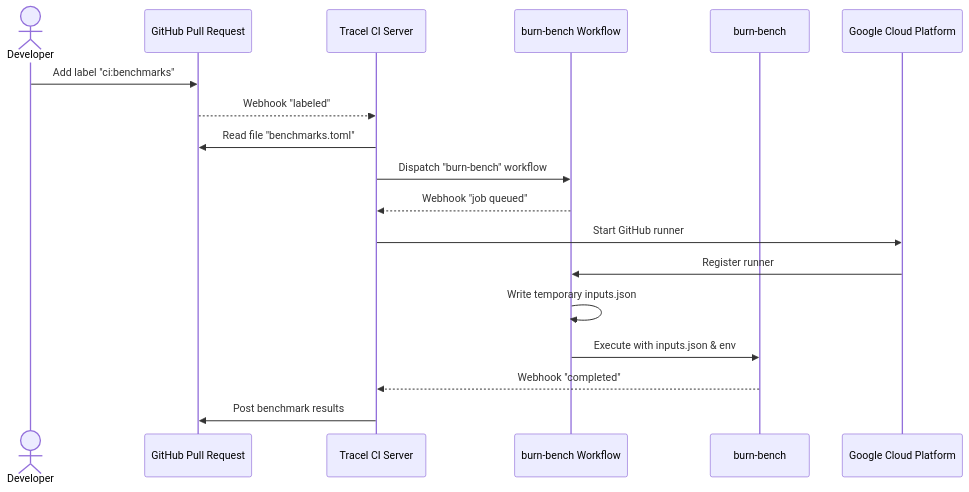
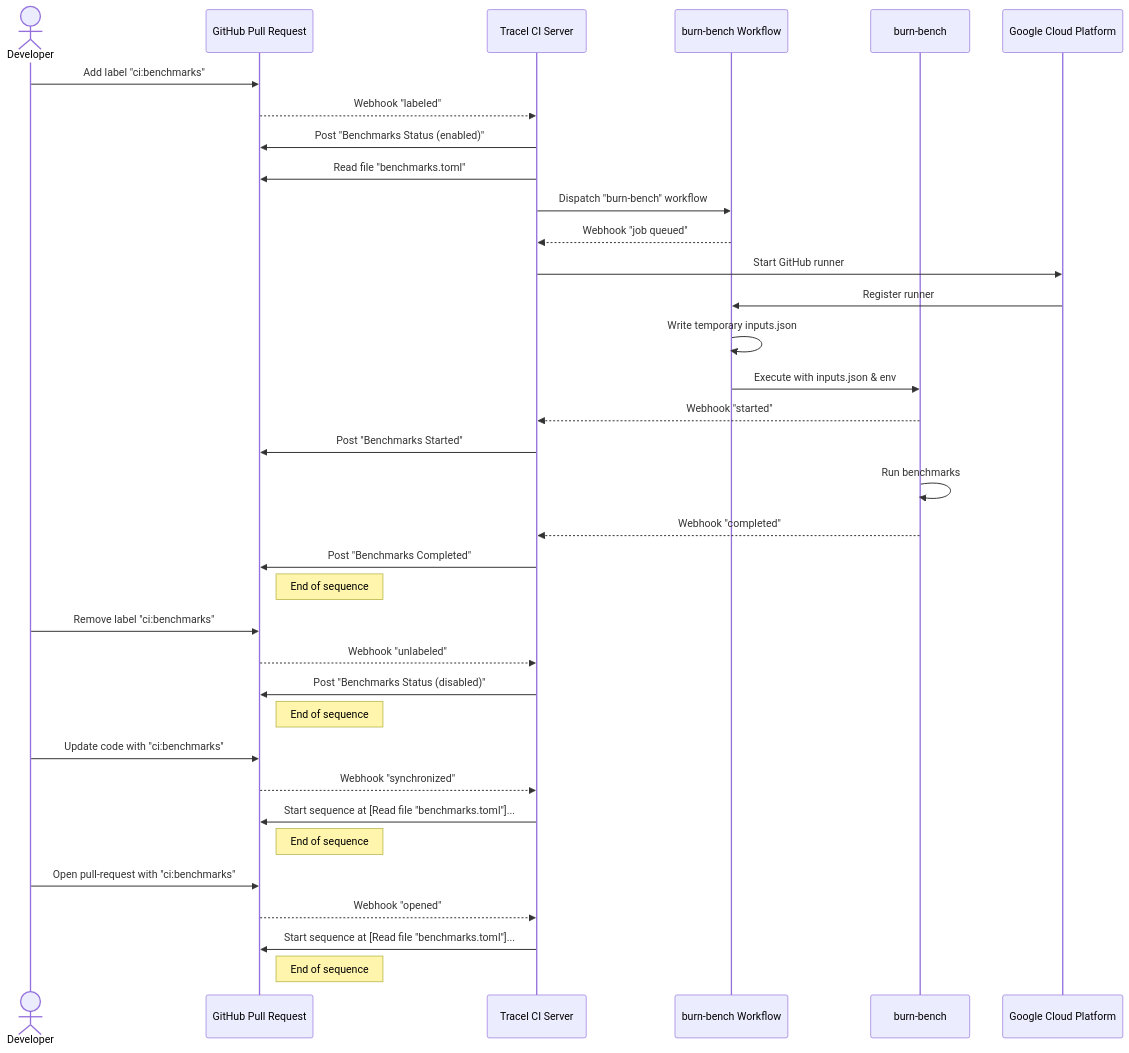
One commit to tracel-ai/burn-bench changed the diagram in README.md. Above: the diagram before and after it, drawn with Mermaid.

Commit message:
doc: update github integration sequence diagram

````diff
--- a/README.md
+++ b/README.md
@@ -106,21 +106,38 @@
 ```mermaid
 sequenceDiagram
     actor Developer
     participant PR as GitHub Pull Request
     participant CI as Tracel CI Server
     participant W as burn-bench Workflow
     participant BB as burn-bench
     participant GCP as Google Cloud Platform
 
     Developer->>PR: Add label "ci:benchmarks"
     PR-->>CI: Webhook "labeled"
+    CI->>PR: Post "Benchmarks Status (enabled)"
     CI->>PR: Read file "benchmarks.toml"
     CI->>W: Dispatch "burn-bench" workflow
     W-->>CI: Webhook "job queued"
     CI->>GCP: Start GitHub runner
     GCP->>W: Register runner
     W->>W: Write temporary inputs.json
     W->>BB: Execute with inputs.json & env
+    BB-->>CI: Webhook "started"
+    CI->>PR: Post "Benchmarks Started"
+    BB->>BB: Run benchmarks
     BB-->>CI: Webhook "completed"
-    CI->>PR: Post benchmark results
+    CI->>PR: Post "Benchmarks Completed"
+    Note right of PR: End of sequence
+    Developer->>PR: Remove label "ci:benchmarks"
+    PR-->>CI: Webhook "unlabeled"
+    CI->>PR: Post "Benchmarks Status (disabled)"
+    Note right of PR: End of sequence
+    Developer->>PR: Update code with "ci:benchmarks"
+    PR-->>CI: Webhook "synchronized"
+    CI->>PR: Start sequence at [Read file "benchmarks.toml"]...
+    Note right of PR: End of sequence
+    Developer->>PR: Open pull-request with "ci:benchmarks"
+    PR-->>CI: Webhook "opened"
+    CI->>PR: Start sequence at [Read file "benchmarks.toml"]...
+    Note right of PR: End of sequence
 ```
````
